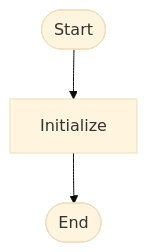
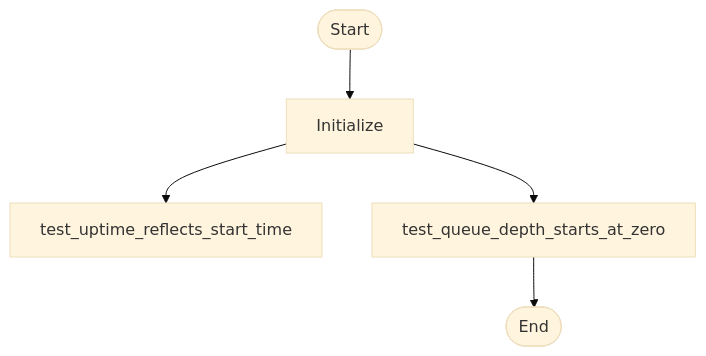
One commit to zepfu/llama-gguf-inference changed the first of 8 diagrams in docs/auto/ARCHITECTURE_AUTO.md. Above: the diagram before and after it, drawn with Mermaid (base theme). The commit also changed other lines of this file and 2 other files, not shown here.

````diff
--- a/docs/auto/ARCHITECTURE_AUTO.md
+++ b/docs/auto/ARCHITECTURE_AUTO.md
@@ -27,5 +27,7 @@
 ```mermaid
 flowchart TD
     Start([Start]) --> Init[Initialize]
-    Init --> End([End])
+    Init --> testuptimereflectsstarttime[test_uptime_reflects_start_time]
+    Init --> testqueuedepthstartsatzero[test_queue_depth_starts_at_zero]
+    testqueuedepthstartsatzero --> End([End])
 ```
````
